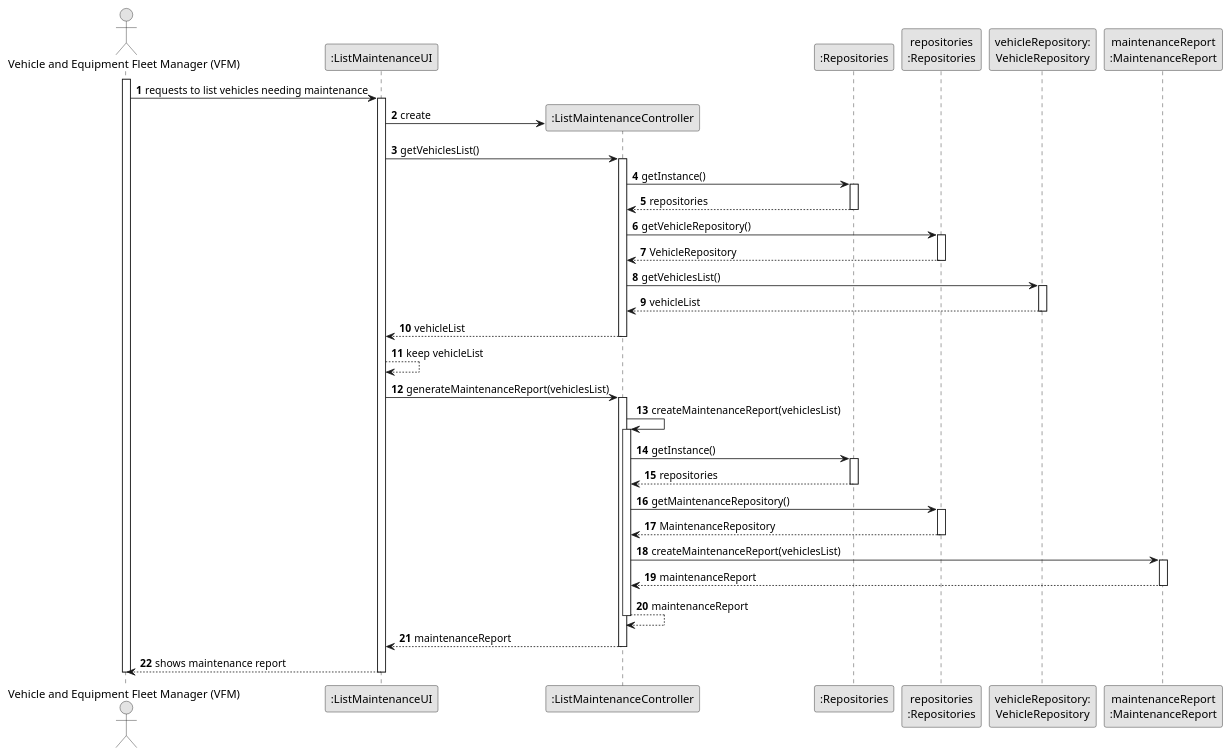
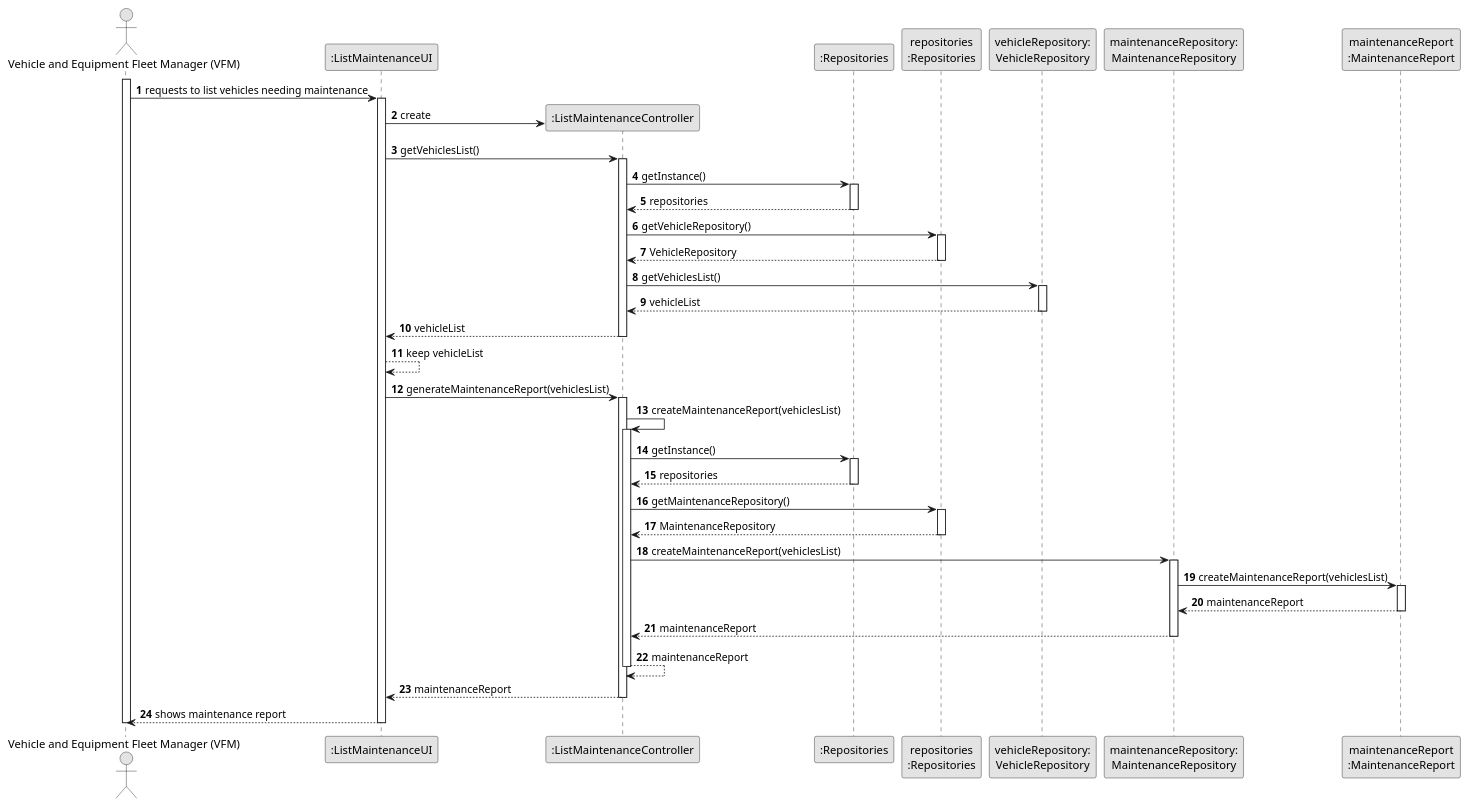
Before and after one commit to ricardomm7/leaflink: the diagram in docs/sprintB/us008/03.design/puml/us008-sequence-diagram-full.puml, drawn with PlantUML. The commit also changed 7 other files, not shown here.

```diff
--- a/docs/sprintB/us008/03.design/puml/us008-sequence-diagram-full.puml
+++ b/docs/sprintB/us008/03.design/puml/us008-sequence-diagram-full.puml
@@ -1,85 +1,92 @@
 @startuml
 skinparam monochrome true
 skinparam packageStyle rectangle
 skinparam shadowing false
 
 autonumber
 
 'hide footbox
 actor "Vehicle and Equipment Fleet Manager (VFM)" as VFM
 participant ":ListMaintenanceUI" as UI
 participant ":ListMaintenanceController" as CTRL
 participant ":Repositories" as RepositorySingleton
 participant "repositories\n:Repositories" as PLAT
 participant "vehicleRepository:\nVehicleRepository" as VehicleRepository
+participant "maintenanceRepository:\nMaintenanceRepository" as MaintenanceRepository
 participant "maintenanceReport\n:MaintenanceReport" as MaintenanceReport
 
 activate VFM
 
     VFM -> UI : requests to list vehicles needing maintenance
     activate UI
 
         UI -> CTRL** : create
 
         UI -> CTRL : getVehiclesList()
         activate CTRL
 
             CTRL -> RepositorySingleton : getInstance()
             activate RepositorySingleton
 
                 RepositorySingleton --> CTRL: repositories
             deactivate RepositorySingleton
 
             CTRL -> PLAT : getVehicleRepository()
             activate PLAT
 
                 PLAT --> CTRL: VehicleRepository
             deactivate PLAT
 
             CTRL -> VehicleRepository : getVehiclesList()
             activate VehicleRepository
 
                 VehicleRepository --> CTRL : vehicleList
             deactivate VehicleRepository
 
             CTRL --> UI : vehicleList
         deactivate CTRL
 
         UI --> UI : keep vehicleList
 
         UI -> CTRL : generateMaintenanceReport(vehiclesList)
         activate CTRL
 
             CTRL -> CTRL : createMaintenanceReport(vehiclesList)
             activate CTRL
 
                 CTRL -> RepositorySingleton : getInstance()
                 activate RepositorySingleton
 
                     RepositorySingleton --> CTRL: repositories
                 deactivate RepositorySingleton
 
                 CTRL -> PLAT : getMaintenanceRepository()
                 activate PLAT
 
                     PLAT --> CTRL: MaintenanceRepository
                 deactivate PLAT
 
-                CTRL -> MaintenanceReport : createMaintenanceReport(vehiclesList)
-                activate MaintenanceReport
+                CTRL -> MaintenanceRepository : createMaintenanceReport(vehiclesList)
+                activate MaintenanceRepository
 
-                    MaintenanceReport --> CTRL : maintenanceReport
-                deactivate MaintenanceReport
+                    MaintenanceRepository -> MaintenanceReport : createMaintenanceReport(vehiclesList)
+                    activate MaintenanceReport
 
-                    CTRL --> CTRL : maintenanceReport
-                deactivate CTRL
+                    MaintenanceReport --> MaintenanceRepository : maintenanceReport
+                    deactivate MaintenanceReport
+
+                MaintenanceRepository --> CTRL : maintenanceReport
+                deactivate MaintenanceRepository
+
+            CTRL --> CTRL : maintenanceReport
+            deactivate CTRL
 
             CTRL --> UI : maintenanceReport
         deactivate CTRL
 
         UI --> VFM : shows maintenance report
     deactivate UI
 
 deactivate VFM
 
 @enduml
```
